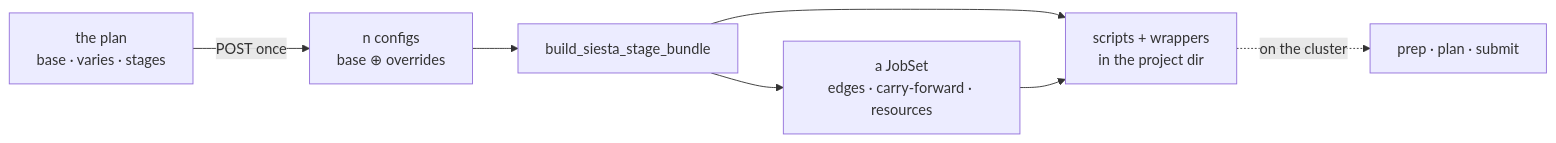
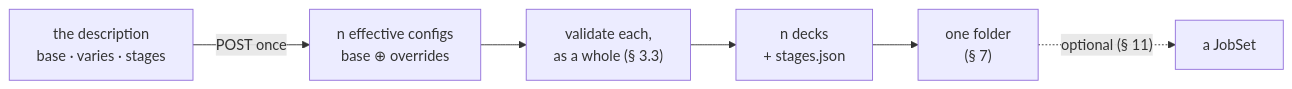
Before and after one commit to Qing-LAB/molbuilder: the first of 5 diagrams in docs/web/staged-runs-architecture.md, drawn with Mermaid. The commit also changed other lines of this file and 2 other files, not shown here.

````diff
--- a/docs/web/staged-runs-architecture.md
+++ b/docs/web/staged-runs-architecture.md
@@ -49,9 +173,8 @@
 ```mermaid
 flowchart LR
-    P["the plan<br/>base · varies · stages"] -->|"POST once"| C["n configs<br/>base ⊕ overrides"]
-    C --> B["build_siesta_stage_bundle"]
-    B --> J["a JobSet<br/>edges · carry-forward · resources"]
-    B --> F["scripts + wrappers<br/>in the project dir"]
-    J --> F
-    F -.->|"on the cluster"| R["prep · plan · submit"]
+    D["the description<br/>base · varies · stages"] -->|"POST once"| C["n effective configs<br/>base ⊕ overrides"]
+    C --> V["validate each,<br/>as a whole (§ 3.3)"]
+    V --> K["n decks<br/>+ stages.json"]
+    K --> F["one folder<br/>(§ 7)"]
+    F -.->|"optional (§ 11)"| J["a JobSet"]
 ```
````
